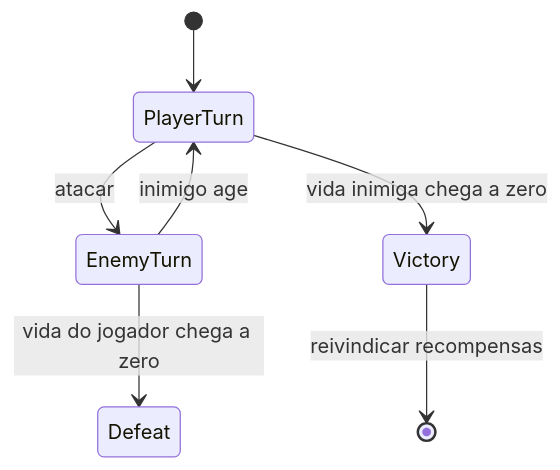
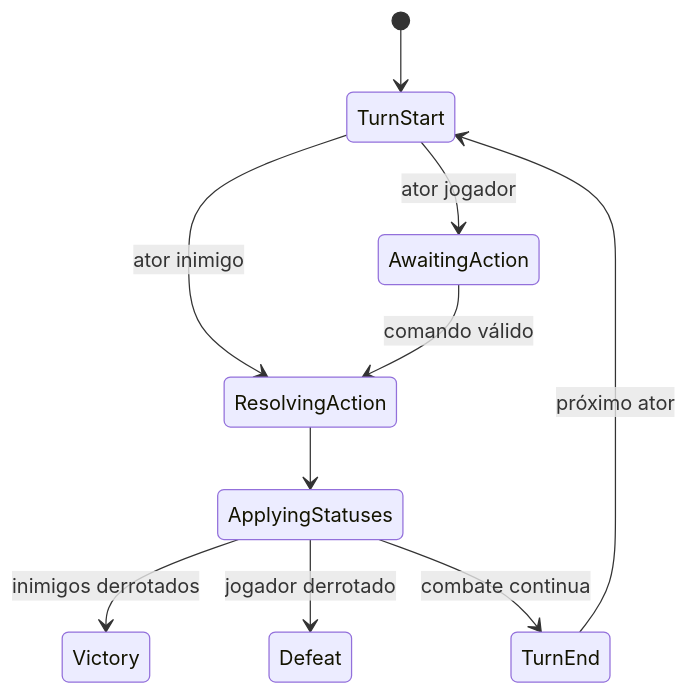
The second of 2 diagrams in docs/ARCHITECTURE.md (arthurhgo/Terrunia), drawn with Mermaid before and after one commit. The commit also changed other lines of this file and 6 other files, not shown here.

````diff
--- a/docs/ARCHITECTURE.md
+++ b/docs/ARCHITECTURE.md
@@ -25,9 +27,12 @@
 ```mermaid
 stateDiagram-v2
-    [*] --> PlayerTurn
-    PlayerTurn --> EnemyTurn: atacar
-    EnemyTurn --> PlayerTurn: inimigo age
-    PlayerTurn --> Victory: vida inimiga chega a zero
-    EnemyTurn --> Defeat: vida do jogador chega a zero
-    Victory --> [*]: reivindicar recompensas
+    [*] --> TurnStart
+    TurnStart --> AwaitingAction: ator jogador
+    TurnStart --> ResolvingAction: ator inimigo
+    AwaitingAction --> ResolvingAction: comando válido
+    ResolvingAction --> ApplyingStatuses
+    ApplyingStatuses --> Victory: inimigos derrotados
+    ApplyingStatuses --> Defeat: jogador derrotado
+    ApplyingStatuses --> TurnEnd: combate continua
+    TurnEnd --> TurnStart: próximo ator
 ```
````
